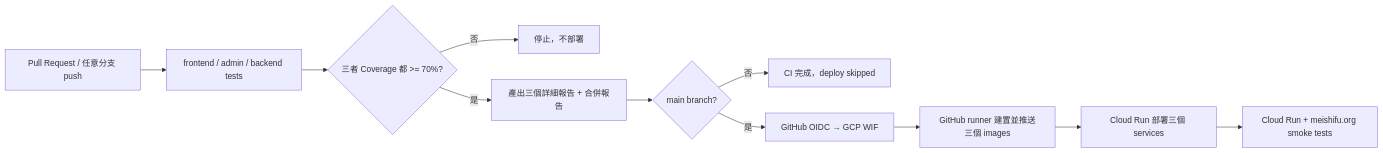
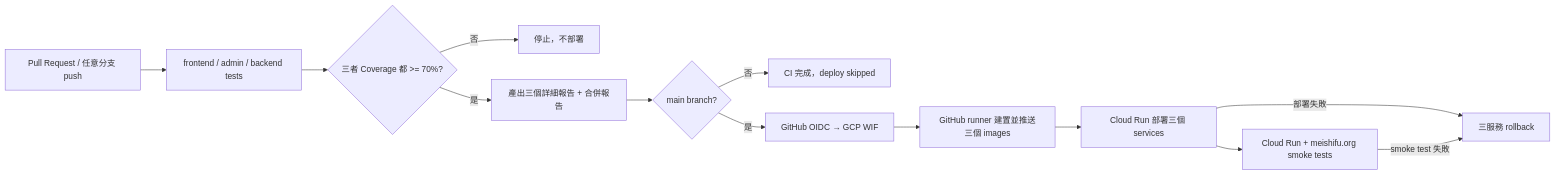
The diagram in docs/CI-CD.md (Henry4234/meishifu), drawn with Mermaid before and after one commit. The commit also changed other lines of this file and 7 other files, not shown here.

Commit message:
fix: add Cloud Run smoke checks and rollback

````diff
--- a/docs/CI-CD.md
+++ b/docs/CI-CD.md
@@ -7,13 +7,15 @@
 ```mermaid
 flowchart LR
     A["Pull Request / 任意分支 push"] --> B["frontend / admin / backend tests"]
     B --> C{"三者 Coverage 都 >= 70%?"}
     C -- 否 --> D["停止，不部署"]
     C -- 是 --> E["產出三個詳細報告 + 合併報告"]
     E --> J{"main branch?"}
     J -- 否 --> K["CI 完成，deploy skipped"]
     J -- 是 --> F["GitHub OIDC → GCP WIF"]
     F --> G["GitHub runner 建置並推送三個 images"]
     G --> H["Cloud Run 部署三個 services"]
     H --> I["Cloud Run + meishifu.org smoke tests"]
+    H -- 部署失敗 --> R["三服務 rollback"]
+    I -- smoke test 失敗 --> R
 ```
````
